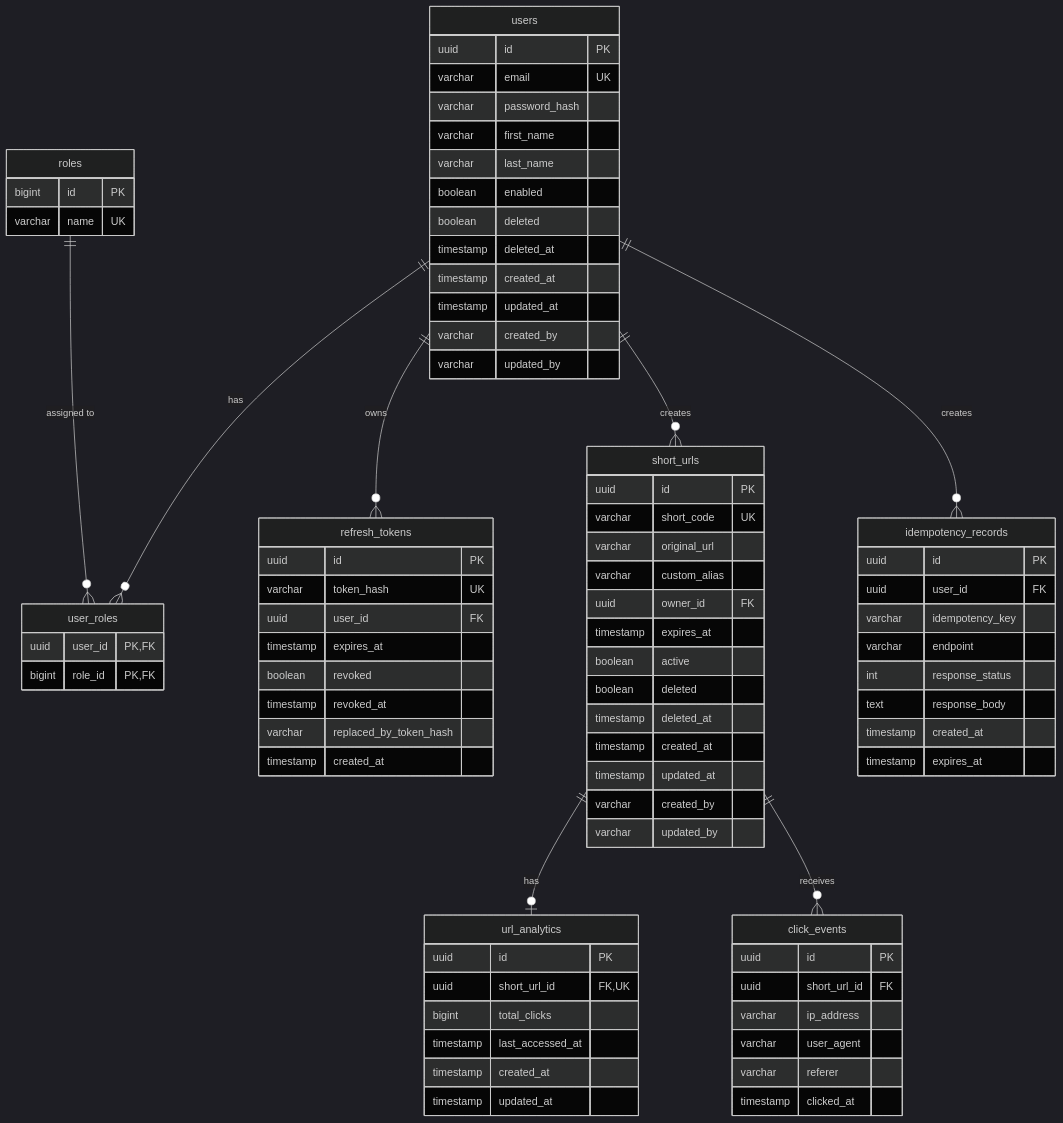
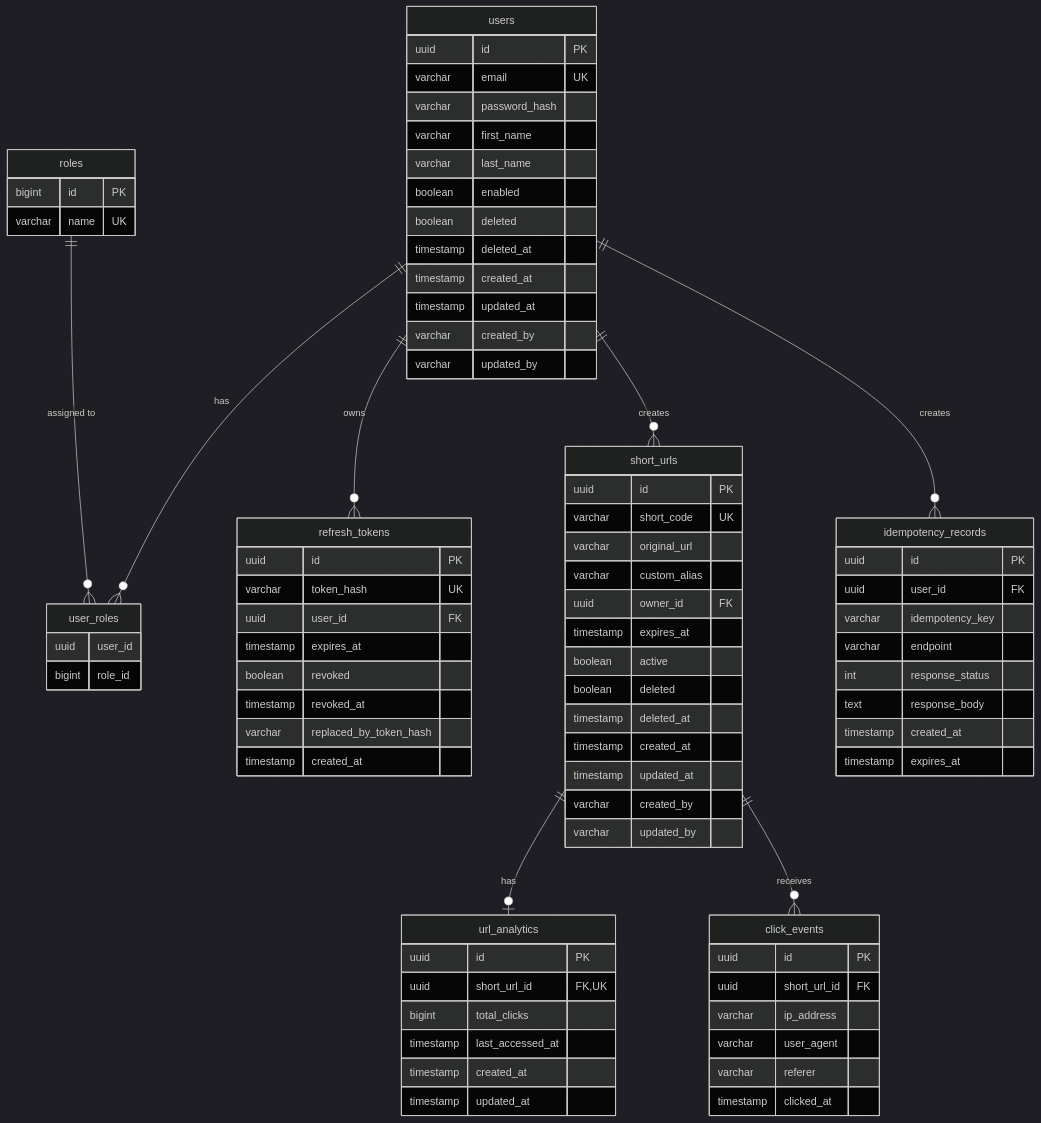
One commit to SlayerBit/linkflow changed the third of 3 diagrams in implementation_plan.md. Above: the diagram before and after it, drawn with Mermaid (dark theme). The commit also changed other lines of this file and 19 other files, not shown here.

```diff
--- a/implementation_plan.md
+++ b/implementation_plan.md
@@ -429,8 +431,8 @@
     }
 
     user_roles {
-        uuid user_id PK,FK
-        bigint role_id PK,FK
+        uuid user_id
+        bigint role_id
     }
 
     refresh_tokens {
```
